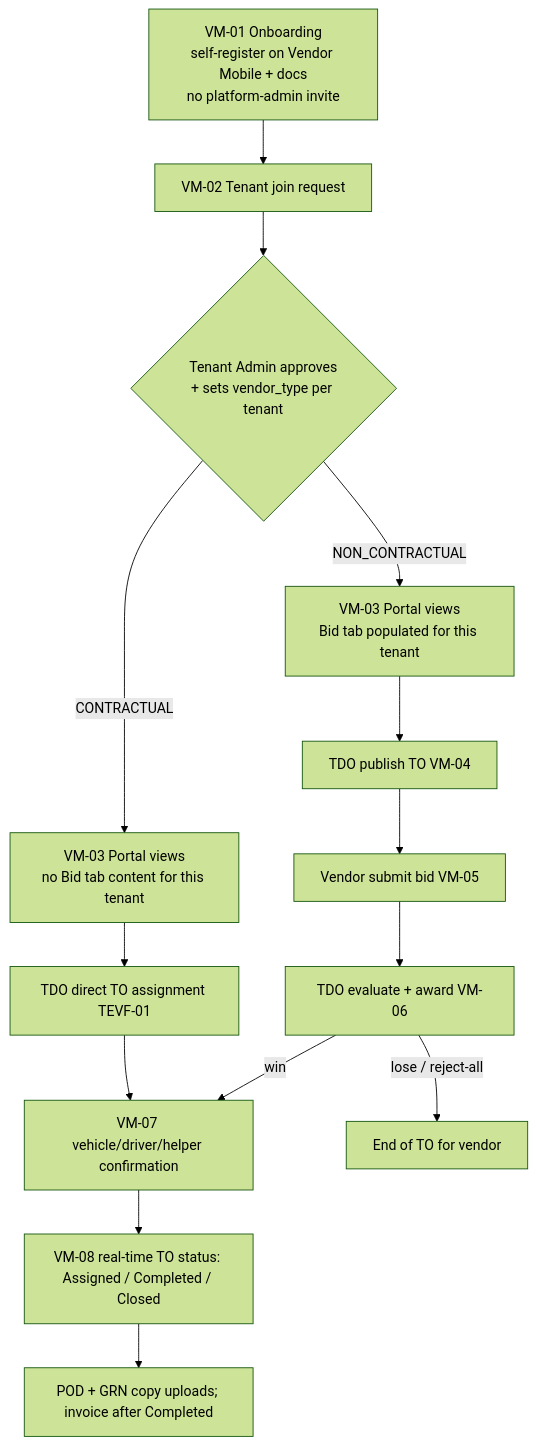
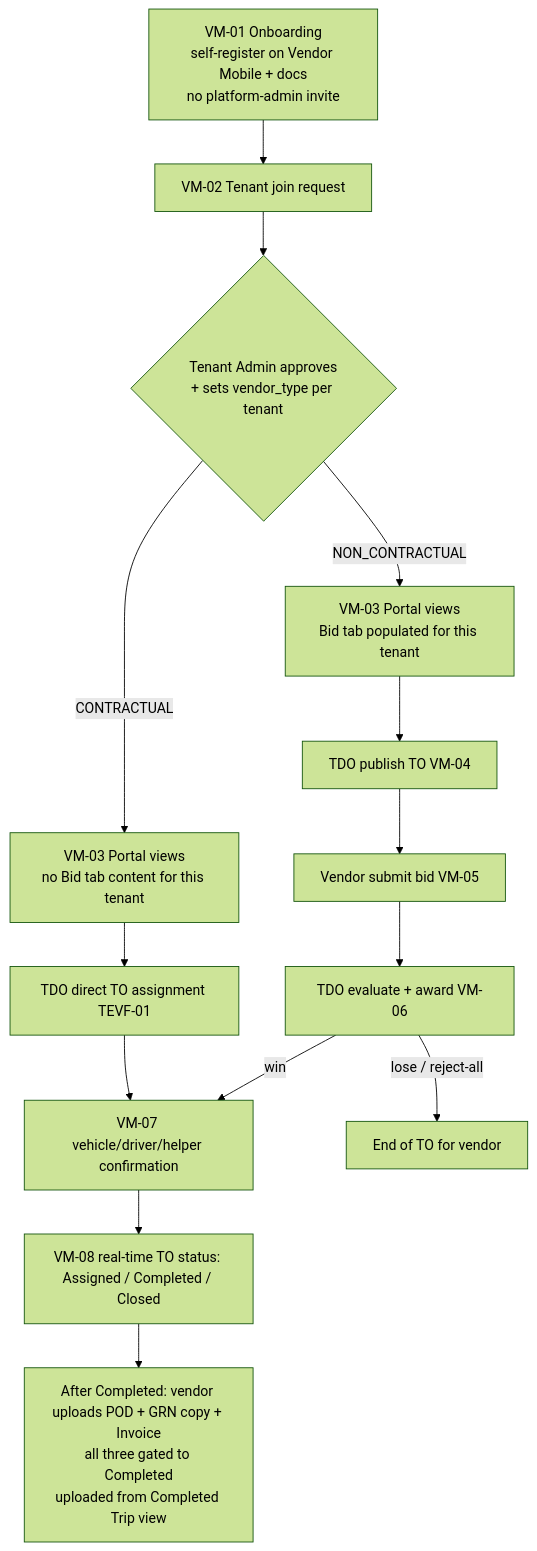
One commit to sbu-europe/dfms-naming-campaign changed the fourth of 4 diagrams in 03-backlog/sprints/sprint-4/08-vendor-management/VENDOR-MOBILE-CONTEXT.md. Above: the diagram before and after it, drawn with Mermaid (forest theme). The commit also changed other lines of this file and 8 other files, not shown here.

````diff
--- a/03-backlog/sprints/sprint-4/08-vendor-management/VENDOR-MOBILE-CONTEXT.md
+++ b/03-backlog/sprints/sprint-4/08-vendor-management/VENDOR-MOBILE-CONTEXT.md
@@ -154,19 +154,19 @@
 ```mermaid
 flowchart TD
   ON[VM-01 Onboarding<br/>self-register on Vendor Mobile + docs<br/>no platform-admin invite] --> JN[VM-02 Tenant join request]
   JN --> AP{Tenant Admin approves<br/>+ sets vendor_type per tenant}
   AP -- CONTRACTUAL --> CV[VM-03 Portal views<br/>no Bid tab content for this tenant]
   AP -- NON_CONTRACTUAL --> NCV[VM-03 Portal views<br/>Bid tab populated for this tenant]
 
   CV --> CA[TDO direct TO assignment TEVF-01]
   NCV --> PB[TDO publish TO VM-04]
   PB --> SB[Vendor submit bid VM-05]
   SB --> EV[TDO evaluate + award VM-06]
 
   CA --> CONF[VM-07 vehicle/driver/helper confirmation]
   EV -- win --> CONF
   EV -- lose / reject-all --> END1[End of TO for vendor]
 
   CONF --> RT[VM-08 real-time TO status: Assigned / Completed / Closed]
-  RT --> DOC[POD + GRN copy uploads; invoice after Completed]
+  RT --> DOC[After Completed: vendor uploads POD + GRN copy + Invoice<br/>all three gated to Completed<br/>uploaded from Completed Trip view]
 ```
````
